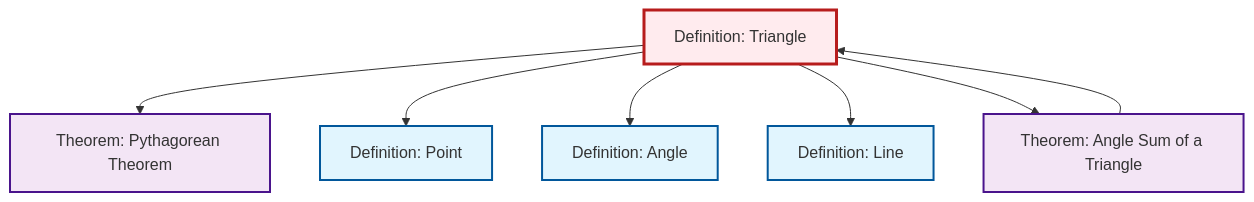
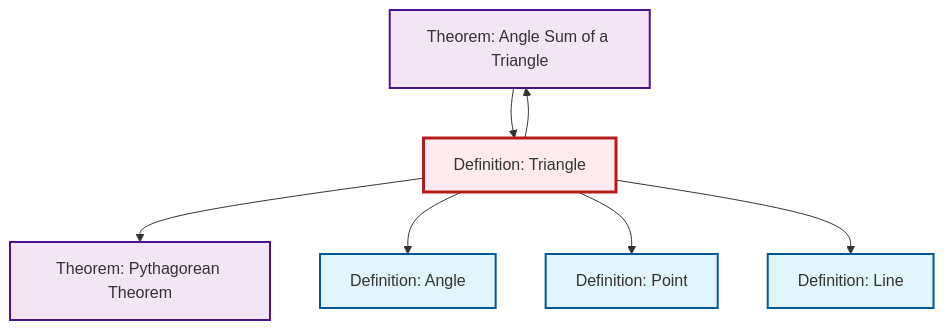
One commit to RK0429/ModernMath changed the diagram in output/mermaid/def-triangle.mermaid. Above: the diagram before and after it, drawn with Mermaid. The commit also changed other lines of this file and 1118 other files, not shown here.

````diff
--- a/output/mermaid/def-triangle.mermaid
+++ b/output/mermaid/def-triangle.mermaid
@@ -1,22 +1,22 @@
 ```{mermaid}
 %%| fig-cap: "Local dependency graph"
 graph TD
     classDef definition fill:#e1f5fe,stroke:#01579b,stroke-width:2px
     classDef theorem fill:#f3e5f5,stroke:#4a148c,stroke-width:2px
     classDef axiom fill:#fff3e0,stroke:#e65100,stroke-width:2px
     classDef example fill:#e8f5e9,stroke:#1b5e20,stroke-width:2px
     classDef current fill:#ffebee,stroke:#b71c1c,stroke-width:3px
+    def-line["Definition: Line"]:::definition
+    thm-angle-sum-triangle["Theorem: Angle Sum of a Triangle"]:::theorem
+    def-triangle["Definition: Triangle"]:::definition
     def-angle["Definition: Angle"]:::definition
     def-point["Definition: Point"]:::definition
-    def-triangle["Definition: Triangle"]:::definition
     thm-pythagorean["Theorem: Pythagorean Theorem"]:::theorem
-    def-line["Definition: Line"]:::definition
-    thm-angle-sum-triangle["Theorem: Angle Sum of a Triangle"]:::theorem
+    thm-angle-sum-triangle --> def-triangle
     def-triangle --> thm-pythagorean
+    def-triangle --> def-angle
     def-triangle --> def-point
-    def-triangle --> def-angle
-    thm-angle-sum-triangle --> def-triangle
+    def-triangle --> thm-angle-sum-triangle
     def-triangle --> def-line
-    def-triangle --> thm-angle-sum-triangle
     class def-triangle current
 ```
````
